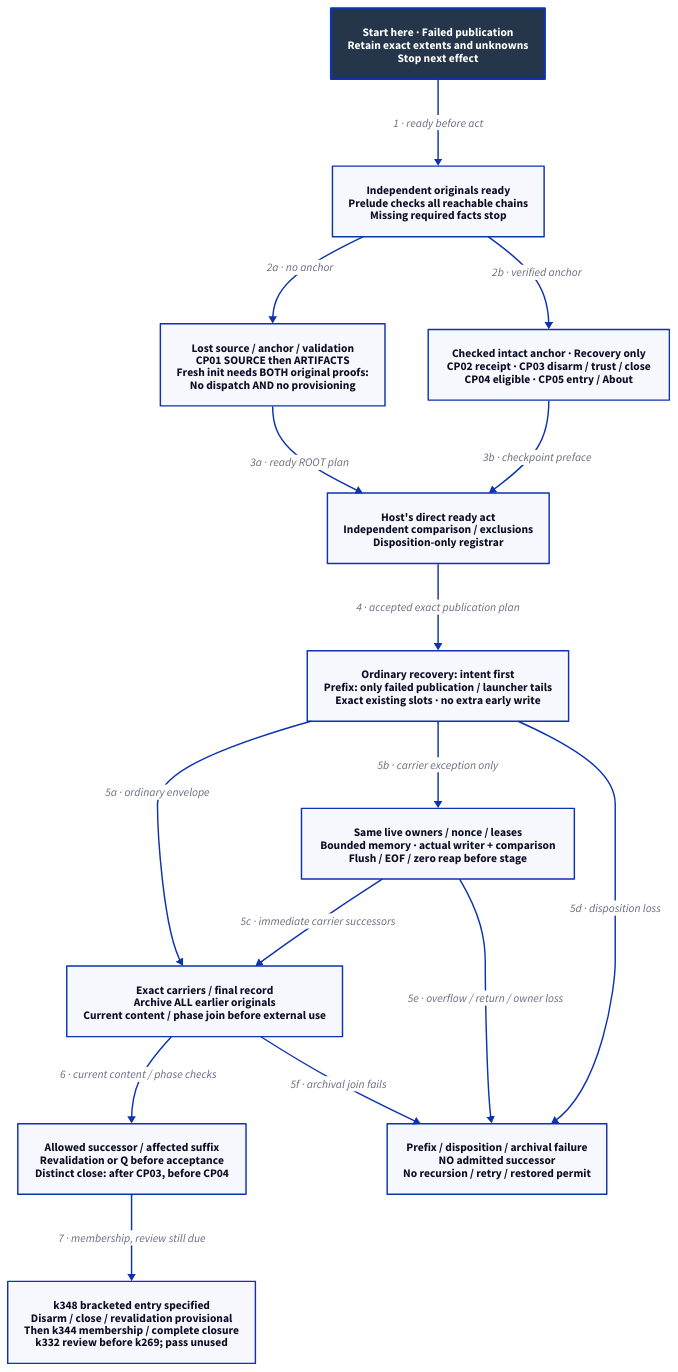
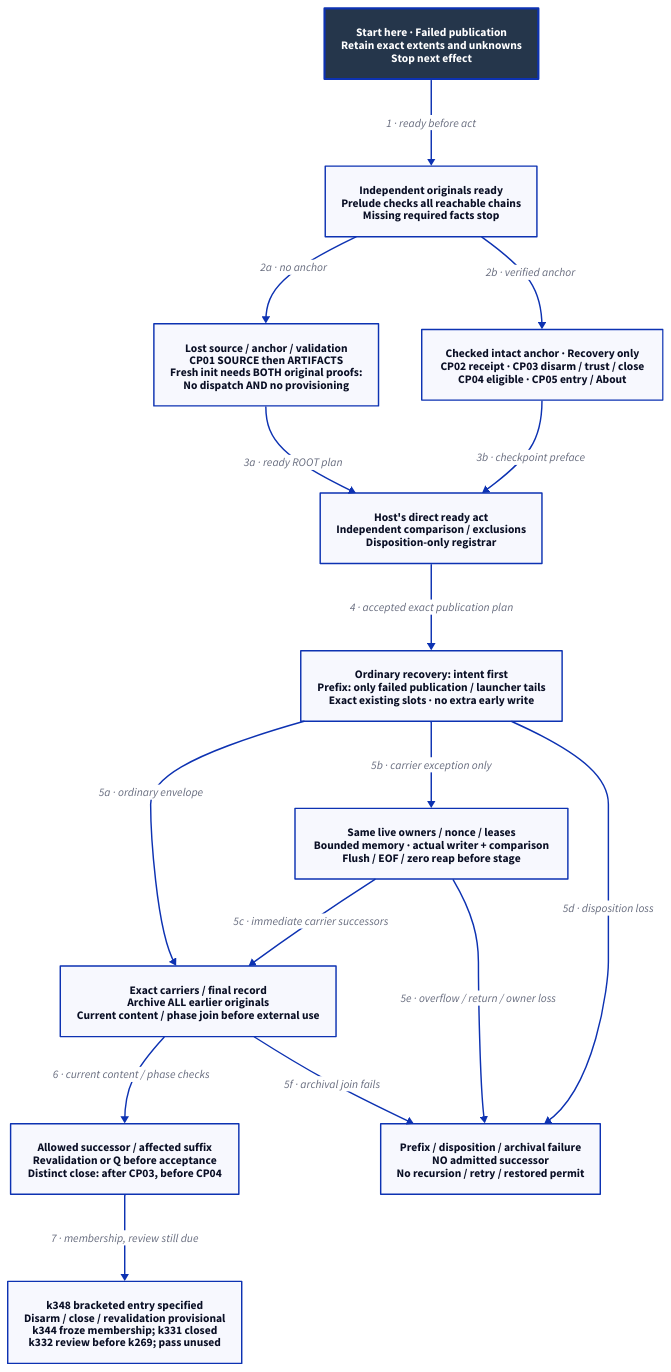
The diagram in docs/design/architecture/native-reference-admission.d2 (Linkuistics/Koine), drawn with D2 before and after one commit. The commit also changed 36 other files, not shown here.

First line of the commit message:
Close whole checkpoint-recovery replacement and freeze its membership (reference-evidence-checkpoint-recovery-k344; closes reference-evidence-checkpoint-recovery-k336, reference-evidence-checkpoint-recovery-k331)

```diff
--- a/docs/design/architecture/native-reference-admission.d2
+++ b/docs/design/architecture/native-reference-admission.d2
@@ -1,30 +1,30 @@
-# Hosted recovery design and k348 bracketed entry; k344 closure and k332 review precede use.
+# Hosted recovery and k348 bracketed entry; k344 closed k331; k332 review precedes use.
 direction: down
 classes: {
   start: {style: {fill: "#25364B"; font-color: "#FFFFFF"; bold: true; stroke-width: 3}}
 }
 Start: "Start here · Failed publication\nRetain exact extents and unknowns\nStop next effect" {class: start}
 Root: "Independent originals ready\nPrelude checks all reachable chains\nMissing required facts stop"
 Source: "Lost source / anchor / validation\nCP01 SOURCE then ARTIFACTS\nFresh init needs BOTH original proofs:\nNo dispatch AND no provisioning"
 Intact: "Checked intact anchor · Recovery only\nCP02 receipt · CP03 disarm / trust / close\nCP04 eligible · CP05 entry / About"
 Act: "Host's direct ready act\nIndependent comparison / exclusions\nDisposition-only registrar"
 Prefix: "Ordinary recovery: intent first\nPrefix: only failed publication / launcher tails\nExact existing slots · no extra early write"
 Memory: "Same live owners / nonce / leases\nBounded memory · actual writer + comparison\nFlush / EOF / zero reap before stage"
 Join: "Exact carriers / final record\nArchive ALL earlier originals\nCurrent content / phase join before external use"
 Next: "Allowed successor / affected suffix\nRevalidation or Q before acceptance\nDistinct close: after CP03, before CP04"
 Stop: "Prefix / disposition / archival failure\nNO admitted successor\nNo recursion / retry / restored permit"
-Whole: "k348 bracketed entry specified\nDisarm / close / revalidation provisional\nThen k344 membership / complete closure\nk332 review before k269; pass unused"
+Whole: "k348 bracketed entry specified\nDisarm / close / revalidation provisional\nk344 froze membership; k331 closed\nk332 review before k269; pass unused"
 Start -> Root: "1 · ready before act"
 Root -> Source: "2a · no anchor"
 Root -> Intact: "2b · verified anchor"
 Source -> Act: "3a · ready ROOT plan"
 Intact -> Act: "3b · checkpoint preface"
 Act -> Prefix: "4 · accepted exact publication plan"
 Prefix -> Join: "5a · ordinary envelope"
 Prefix -> Memory: "5b · carrier exception only"
 Memory -> Join: "5c · immediate carrier successors"
 Join -> Next: "6 · current content / phase checks"
 Next -> Whole: "7 · membership, review still due"
 Prefix -> Stop: "5d · disposition loss"
 Memory -> Stop: "5e · overflow / return / owner loss"
 Join -> Stop: "5f · archival join fails"
```
